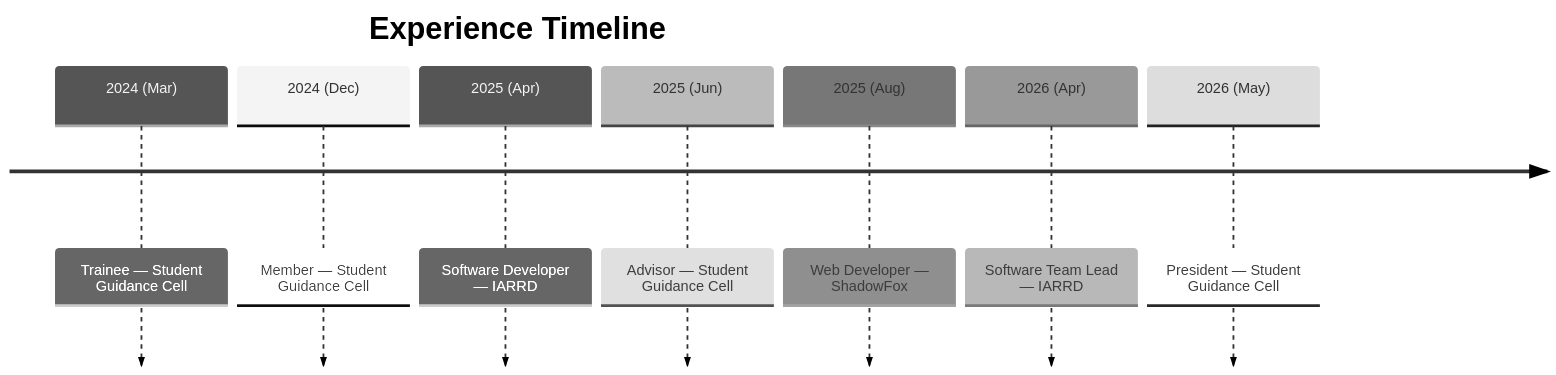
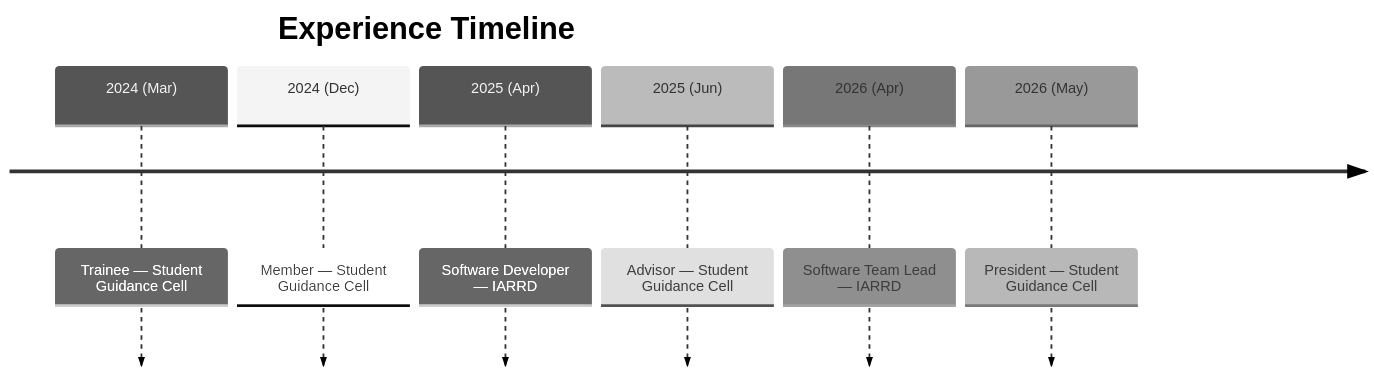
One commit to mohammedayaz24/mohammedayaz24 changed the diagram in README.md. Above: the diagram before and after it, drawn with Mermaid (neutral theme).

````diff
--- a/README.md
+++ b/README.md
@@ -52,11 +52,10 @@
 ```mermaid
 timeline
     title Experience Timeline
     2024 (Mar) : Trainee — Student Guidance Cell
     2024 (Dec) : Member — Student Guidance Cell
     2025 (Apr) : Software Developer — IARRD
     2025 (Jun) : Advisor — Student Guidance Cell
-    2025 (Aug) : Web Developer — ShadowFox
     2026 (Apr) : Software Team Lead — IARRD
     2026 (May) : President — Student Guidance Cell
 ```
````
